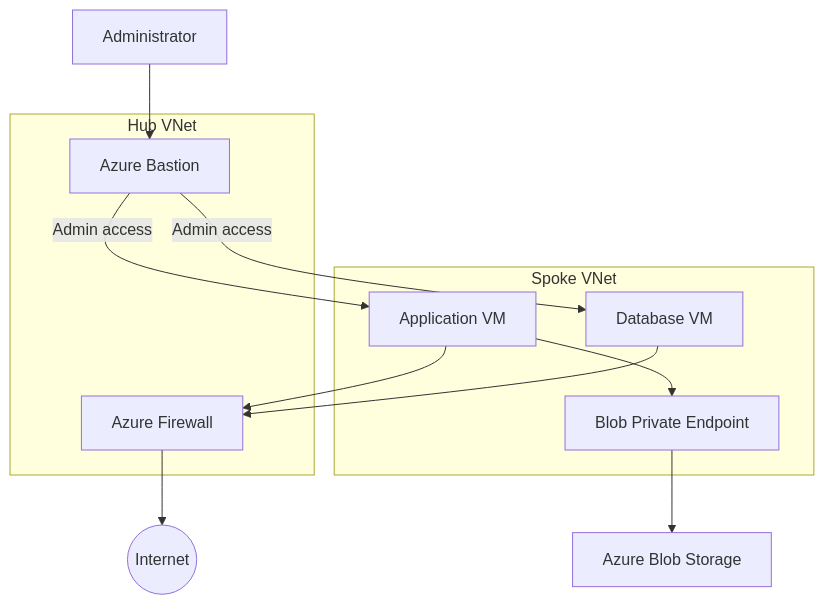
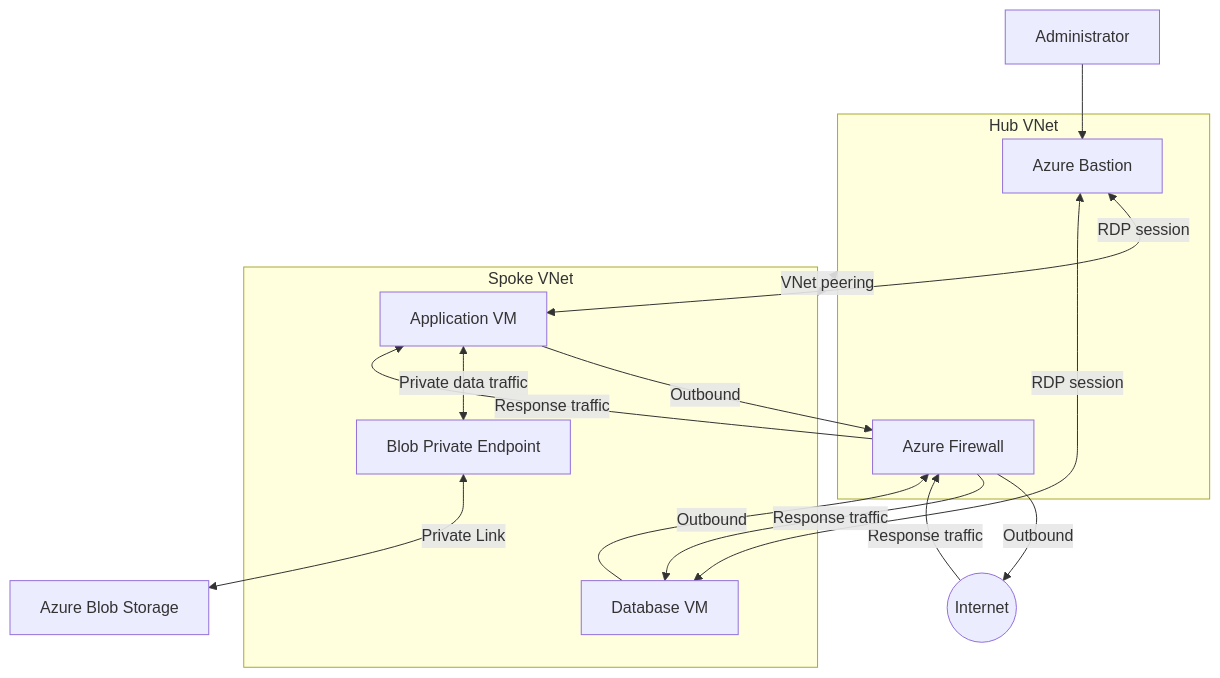
The diagram in Hub-and-Spoke-Network/README.md (tee-koo/Azure-Security-Labs), drawn with Mermaid before and after one commit. The commit also changed other lines of this file, not shown here.

Commit message:
Clarify bidirectional and return traffic arrows

````diff
--- a/Hub-and-Spoke-Network/README.md
+++ b/Hub-and-Spoke-Network/README.md
@@ -26,22 +26,31 @@
 ```mermaid
 flowchart TB
     Admin[Administrator] --> Bastion[Azure Bastion]
 
     subgraph Hub["Hub VNet"]
         Bastion
         Firewall[Azure Firewall]
     end
 
     subgraph Spoke["Spoke VNet"]
         AppVM[Application VM]
         DbVM[Database VM]
         PE[Blob Private Endpoint]
     end
 
-    Bastion -->|Admin access| AppVM
-    Bastion -->|Admin access| DbVM
-    AppVM --> Firewall
-    DbVM --> Firewall
-    Firewall --> Internet((Internet))
-    AppVM --> PE --> Storage[Azure Blob Storage]
+    Hub <-->|VNet peering| Spoke
+
+    Bastion <-->|RDP session| AppVM
+    Bastion <-->|RDP session| DbVM
+
+    AppVM -->|Outbound| Firewall
+    DbVM -->|Outbound| Firewall
+    Firewall -->|Outbound| Internet((Internet))
+
+    Internet -->|Response traffic| Firewall
+    Firewall -->|Response traffic| AppVM
+    Firewall -->|Response traffic| DbVM
+
+    AppVM <-->|Private data traffic| PE
+    PE <-->|Private Link| Storage[Azure Blob Storage]
 ```
````
